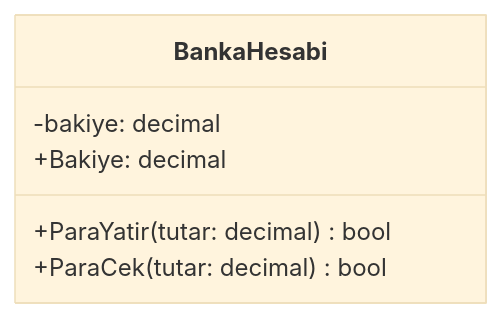
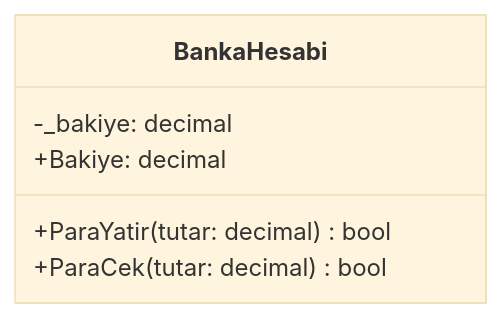
One commit to ibrahimayaz/Nesne-Yonelimli-Programlama-2025 changed the first of 5 diagrams in Hafta04/README.md. Above: the diagram before and after it, drawn with Mermaid (base theme). The commit also changed other lines of this file, not shown here.

````diff
--- a/Hafta04/README.md
+++ b/Hafta04/README.md
@@ -23,9 +46,9 @@
 ```mermaid
 classDiagram
     class BankaHesabi {
-      -bakiye: decimal
+      -_bakiye: decimal
       +Bakiye: decimal
       +ParaYatir(tutar: decimal) bool
       +ParaCek(tutar: decimal) bool
     }
 ```
````
